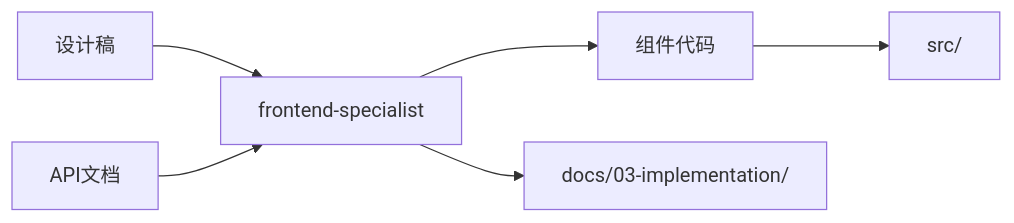
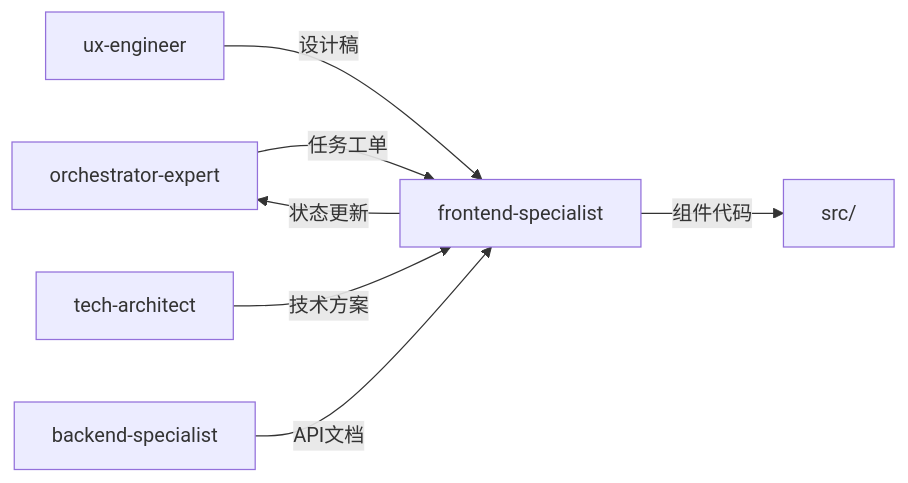
The diagram in skills/frontend-specialist/SKILL.md (Tooooommy/Trae-Workflow), drawn with Mermaid before and after one commit. The commit also changed other lines of this file and 2 other files, not shown here.

First line of the commit message:
refactor: optimize frontend-specialist for orchestrator-expert workflow

````diff
--- a/skills/frontend-specialist/SKILL.md
+++ b/skills/frontend-specialist/SKILL.md
@@ -286,8 +94,9 @@
 ```mermaid
 flowchart LR
-    A[设计稿] --> B[frontend-specialist]
-    C[API文档] --> B
-    B --> D[组件代码]
-    D --> E[src/]
-    B --> F[docs/03-implementation/]
+    A[orchestrator-expert] -->|任务工单| B[frontend-specialist]
+    C[ux-engineer] -->|设计稿| B
+    D[tech-architect] -->|技术方案| B
+    E[backend-specialist] -->|API文档| B
+    B -->|组件代码| F[src/]
+    B -->|状态更新| A
 ```
````
